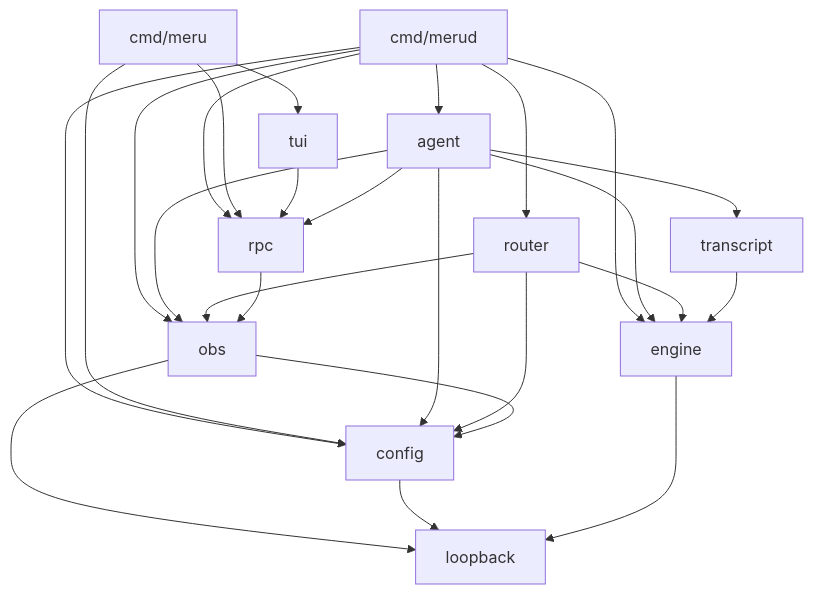
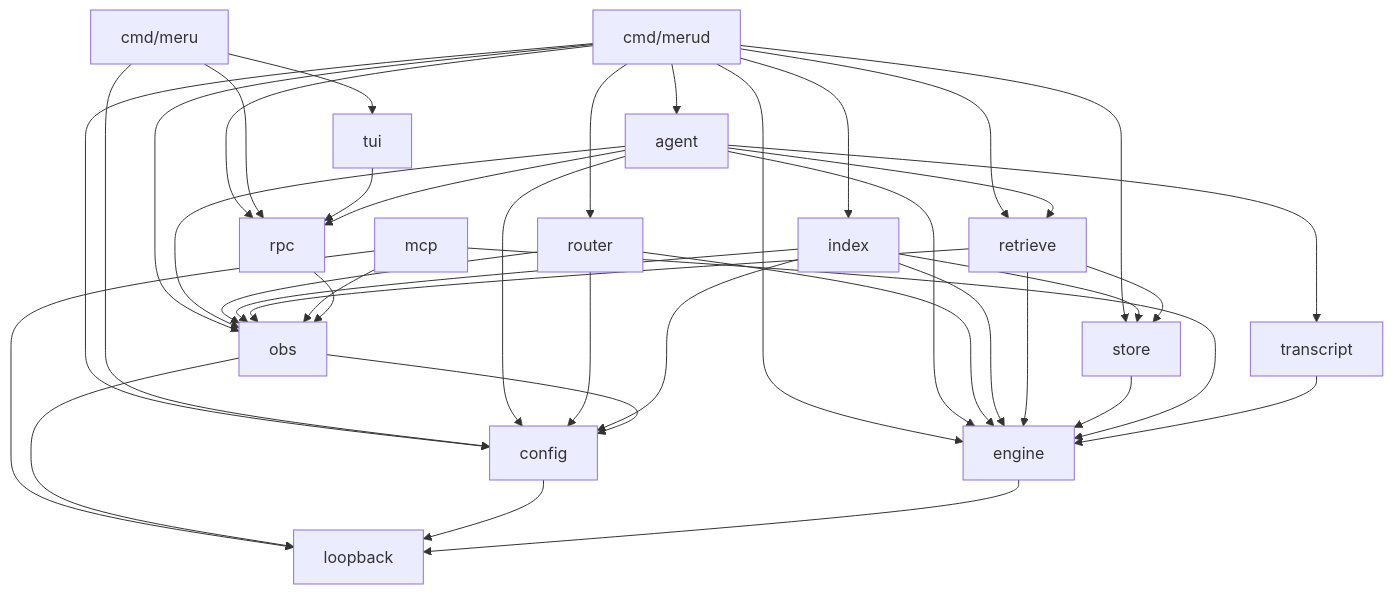
Before and after one commit to aarora79/meru: the first of 3 diagrams in docs/lld.md, drawn with Mermaid. The commit also changed other lines of this file and 20 other files, not shown here.

````diff
--- a/docs/lld.md
+++ b/docs/lld.md
@@ -51,13 +59,18 @@
 ```mermaid
 flowchart TD
     merud["cmd/merud"] --> agent & router & rpc & obs & engine & config
+    merud --> index & retrieve & store
     meru["cmd/meru"] --> tui & rpc & config
     tui --> rpc
-    agent --> transcript & engine & rpc & obs & config
+    agent --> transcript & engine & rpc & obs & config & retrieve
     router --> engine & obs & config
+    index --> store & engine & obs & config
+    retrieve --> store & engine & obs
+    store --> engine
+    mcp --> engine & obs & loopback
     transcript --> engine
     rpc --> obs
     obs --> config & loopback
     config --> loopback
     engine --> loopback
 ```
````
